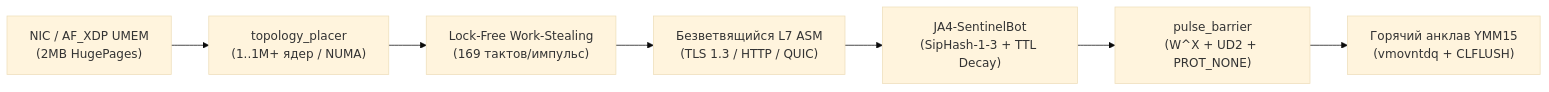
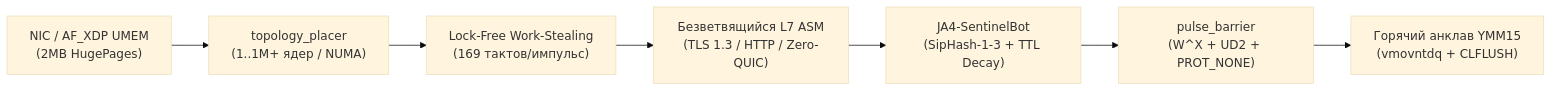
One commit to zerokull1/zero-timing-core changed the diagram in README.ru.md. Above: the diagram before and after it, drawn with Mermaid (base theme). The commit also changed other lines of this file and 2 other files, not shown here.

Commit message:
docs(showcase): update README & SECURITY_ADVISORIES for Zero-QUIC 1-cycle UDP/443 drop policy

````diff
--- a/README.ru.md
+++ b/README.ru.md
@@ -20,9 +20,9 @@
 ```mermaid
 flowchart LR
     NIC["NIC / AF_XDP UMEM<br/>(2MB HugePages)"] --> TOPO["topology_placer<br/>(1..1M+ ядер / NUMA)"]
     TOPO --> WS["Lock-Free Work-Stealing<br/>(169 тактов/импульс)"]
-    WS --> L7["Безветвящийся L7 ASM<br/>(TLS 1.3 / HTTP / QUIC)"]
+    WS --> L7["Безветвящийся L7 ASM<br/>(TLS 1.3 / HTTP / Zero-QUIC)"]
     L7 --> BOT["JA4-SentinelBot<br/>(SipHash-1-3 + TTL Decay)"]
     BOT --> TRAP["pulse_barrier<br/>(W^X + UD2 + PROT_NONE)"]
     TRAP --> YMM["Горячий анклав YMM15<br/>(vmovntdq + CLFLUSH)"]
 ```
````
